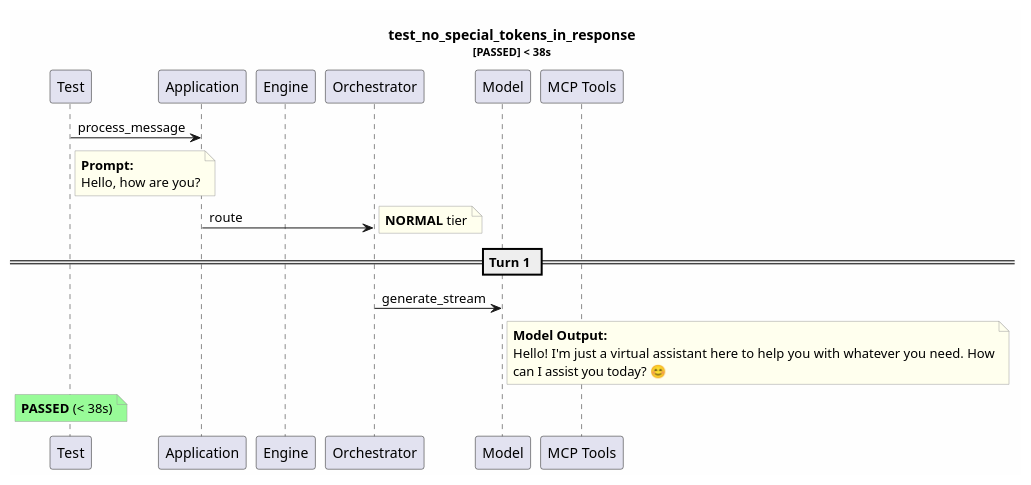
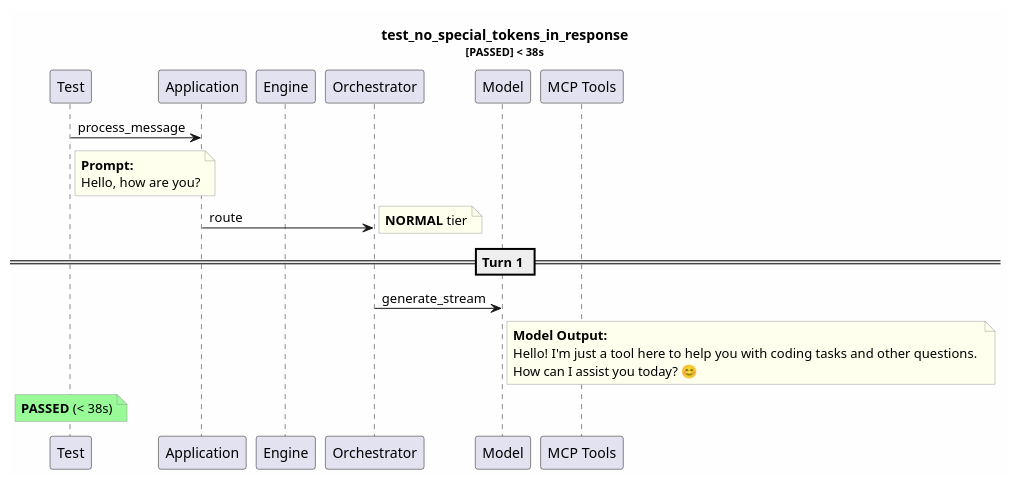
The diagram in test-reports/logs/test_no_special_tokens_in_response/test_no_special_tokens_in_response.puml (tvanfossen/entropic), drawn with PlantUML before and after one commit. The commit also changed 30 other files, not shown here.

```diff
--- a/test-reports/logs/test_no_special_tokens_in_response/test_no_special_tokens_in_response.puml
+++ b/test-reports/logs/test_no_special_tokens_in_response/test_no_special_tokens_in_response.puml
@@ -1,32 +1,32 @@
 @startuml
 skinparam backgroundColor #FEFEFE
 skinparam noteBorderColor #999999
 skinparam noteBackgroundColor #FFFFEE
 title test_no_special_tokens_in_response\n<size:11>[PASSED] < 38s</size>
 
 participant "Test" as T
 participant "Application" as App
 participant "Engine" as Eng
 participant "Orchestrator" as Orch
 participant "Model" as Mdl
 participant "MCP Tools" as MCP
 
 T -> App: process_message
 note right of T
   **Prompt:**
   Hello, how are you?
 end note
 App -> Orch: route
 note right: **NORMAL** tier
 == Turn 1 ==
 Orch -> Mdl: generate_stream
 note right of Mdl
   **Model Output:**
-  Hello! I'm just a virtual assistant here to help you with whatever you need. How
-  can I assist you today? 😊
+  Hello! I'm just a tool here to help you with coding tasks and other questions. 
+  How can I assist you today? 😊
 end note
 note over T #palegreen
   **PASSED** (< 38s)
 end note
 
 @enduml
```
